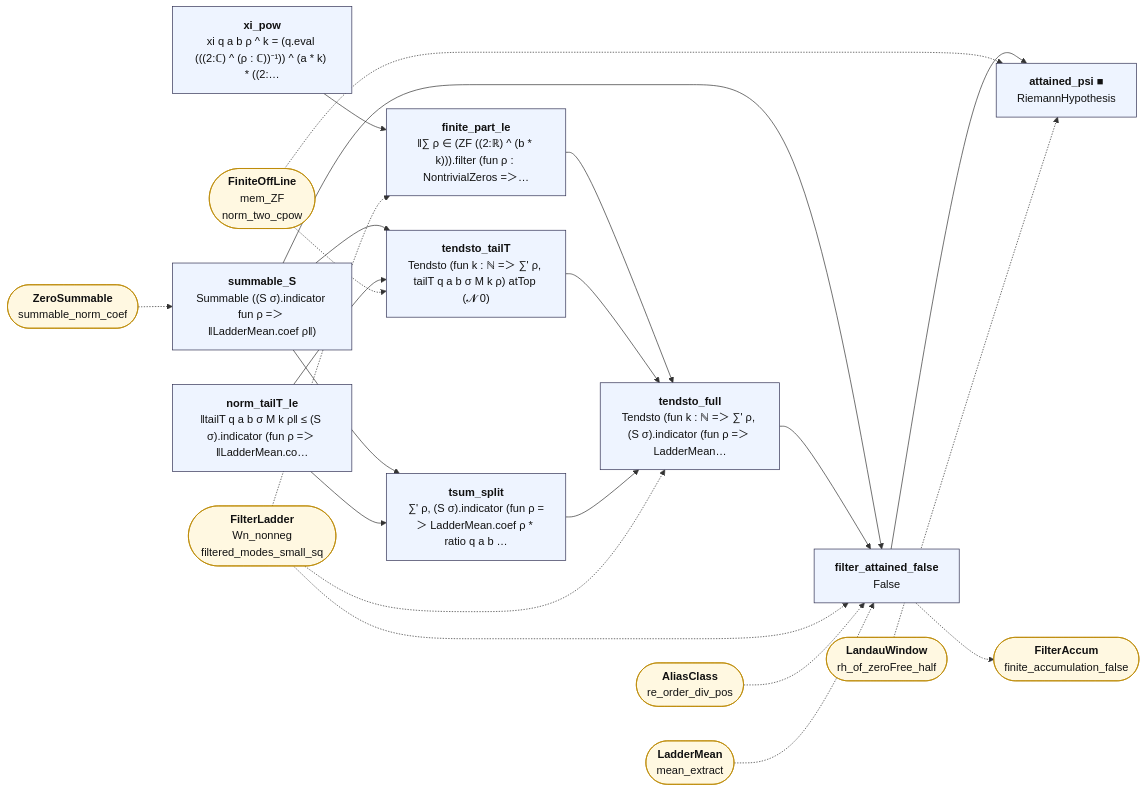
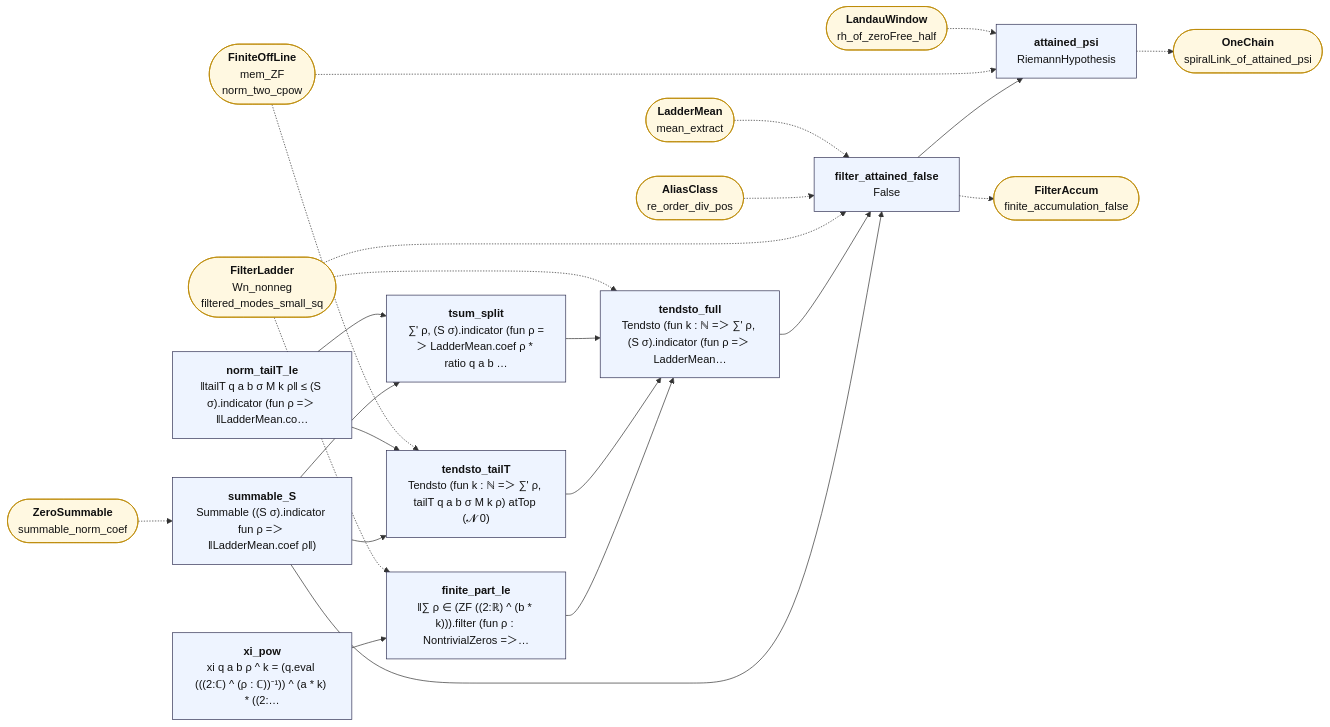
Before and after one commit to juliansambranojr/Primebeat_081426: the diagram in map/lean_stage3/FilterAttained.md, drawn with Mermaid. The commit also changed other lines of this file and 62 other files, not shown here.

First line of the commit message:
Block J4: one chain, the closed loop tied to the tree's main theorems (unit 0479)

````diff
--- a/map/lean_stage3/FilterAttained.md
+++ b/map/lean_stage3/FilterAttained.md
@@ -14,48 +14,50 @@
 ```mermaid
 flowchart LR
   n0["<b>xi_pow</b><br/>xi q a b ρ ^ k = (q.eval (((2:ℂ) ^ (ρ : ℂ))⁻¹)) ^ (a * k) * ((2:…"]:::thm
   n1["<b>summable_S</b><br/>Summable ((S σ).indicator fun ρ =＞ ‖LadderMean.coef ρ‖)"]:::thm
   n2["<b>finite_part_le</b><br/>‖∑ ρ ∈ (ZF ((2:ℝ) ^ (b * k))).filter (fun ρ : NontrivialZeros =＞…"]:::thm
   n3["<b>norm_tailT_le</b><br/>‖tailT q a b σ M k ρ‖ ≤ (S σ).indicator (fun ρ =＞ ‖LadderMean.co…"]:::thm
   n4["<b>tendsto_tailT</b><br/>Tendsto (fun k : ℕ =＞ ∑' ρ, tailT q a b σ M k ρ) atTop (𝓝 0)"]:::thm
   n5["<b>tsum_split</b><br/>∑' ρ, (S σ).indicator (fun ρ =＞ LadderMean.coef ρ * ratio q a b …"]:::thm
   n6["<b>tendsto_full</b><br/>Tendsto (fun k : ℕ =＞ ∑' ρ, (S σ).indicator (fun ρ =＞ LadderMean…"]:::thm
   n7["<b>filter_attained_false</b><br/>False"]:::thm
-  n8["<b>attained_psi ■</b><br/>RiemannHypothesis"]:::thm
+  n8["<b>attained_psi</b><br/>RiemannHypothesis"]:::thm
   x0(["<b>ZeroSummable</b><br/>summable_norm_coef"]):::ext
   x1(["<b>FilterLadder</b><br/>Wn_nonneg<br/>filtered_modes_small_sq"]):::ext
   x2(["<b>FiniteOffLine</b><br/>mem_ZF<br/>norm_two_cpow"]):::ext
   x3(["<b>AliasClass</b><br/>re_order_div_pos"]):::ext
   x4(["<b>LadderMean</b><br/>mean_extract"]):::ext
   x5(["<b>FilterAccum</b><br/>finite_accumulation_false"]):::ext
   x6(["<b>LandauWindow</b><br/>rh_of_zeroFree_half"]):::ext
+  x7(["<b>OneChain</b><br/>spiralLink_of_attained_psi"]):::ext
   n0 --> n2
   n1 --> n4
   n1 --> n5
   n1 --> n7
   n2 --> n6
   n3 --> n4
   n3 --> n5
   n4 --> n6
   n5 --> n6
   n6 --> n7
   n7 --> n8
   n7 -.-> x5
+  n8 -.-> x7
   x0 -.-> n1
   x1 -.-> n2
   x1 -.-> n6
   x1 -.-> n7
   x2 -.-> n4
   x2 -.-> n8
   x3 -.-> n7
   x4 -.-> n7
   x6 -.-> n8
   classDef cnt fill:#dff5ec,stroke:#17694a,color:#111
   classDef shp fill:#f1ecfb,stroke:#5b3fa0,color:#111
   classDef rh fill:#ffe5e5,stroke:#c22,color:#111,stroke-width:2px
   classDef thm fill:#eef4ff,stroke:#335,color:#111
   classDef end_ fill:#e7f7e7,stroke:#2a7,color:#111,stroke-width:2px
   classDef lone fill:#fff,stroke:#999,color:#111,stroke-dasharray:4 3
   classDef bad fill:#ffe5e5,stroke:#c22,color:#111,stroke-width:2px
   classDef ext fill:#fff8e1,stroke:#b80,color:#111
 ```
````
